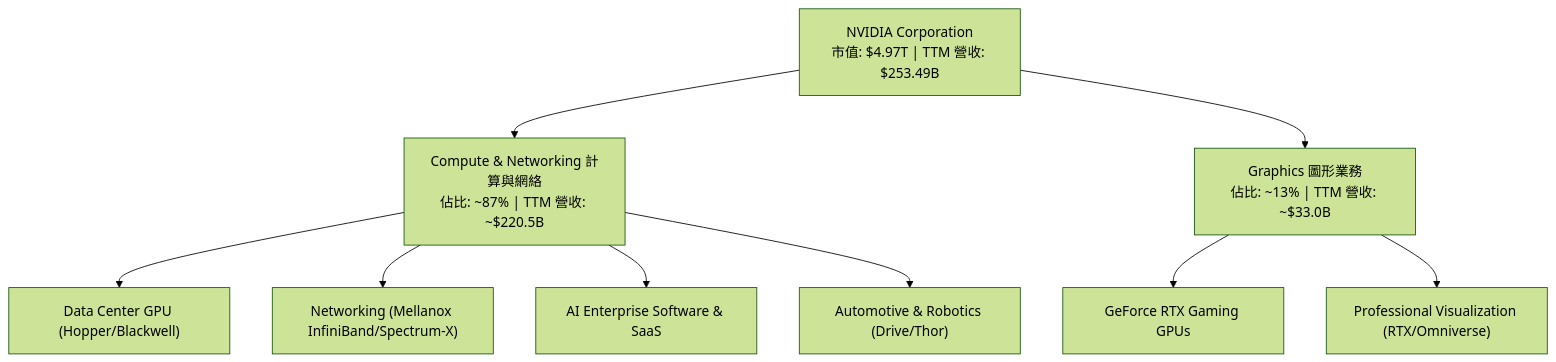
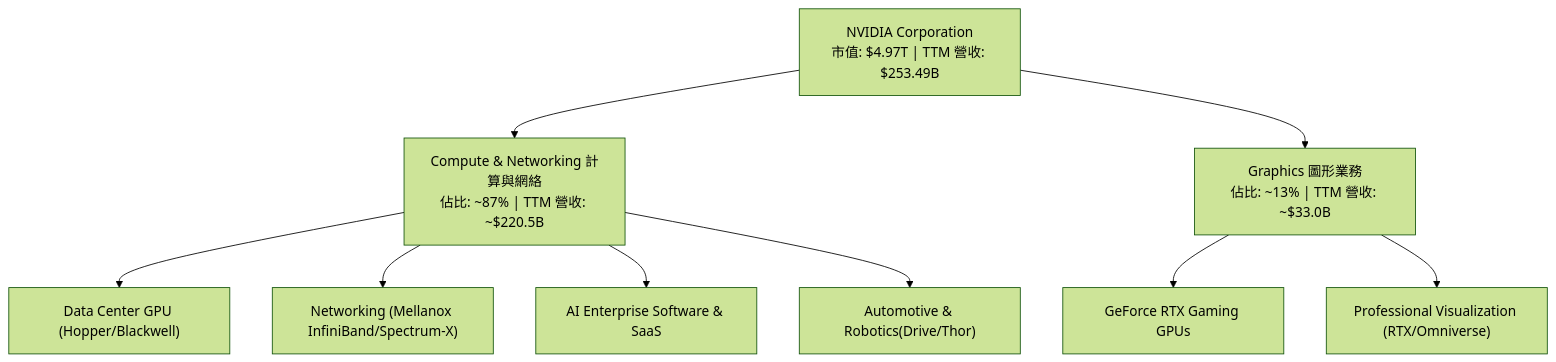
The second of 4 diagrams in ai_gen_report/stock/nvda/fundamental_analysis_2026-06-07_gemini.md (yennanliu/finance_data), drawn with Mermaid (forest theme) before and after one commit. The commit also changed 2258 other files, not shown here.

First line of the commit message:
chore: backfill Mermaid syntax repair across existing reports

````diff
--- a/ai_gen_report/stock/nvda/fundamental_analysis_2026-06-07_gemini.md
+++ b/ai_gen_report/stock/nvda/fundamental_analysis_2026-06-07_gemini.md
@@ -139,18 +139,18 @@
 ```mermaid
 graph TD
     NVDA["NVIDIA Corporation<br/>市值: $4.97T | TTM 營收: $253.49B"]
     
     CN["Compute & Networking 計算與網絡<br/>佔比: ~87% | TTM 營收: ~$220.5B"]
     GR["Graphics 圖形業務<br/>佔比: ~13% | TTM 營收: ~$33.0B"]
     
     NVDA --> CN
     NVDA --> GR
     
     CN --> CN1["Data Center GPU (Hopper/Blackwell)"]
     CN --> CN2["Networking (Mellanox InfiniBand/Spectrum-X)"]
     CN --> CN3["AI Enterprise Software & SaaS"]
-    CN --> CN4["Automotive & Robotics (Drive/Thor)"]
+    CN --> CN4["Automotive & Robotics(Drive/Thor)"]
     
     GR --> GR1["GeForce RTX Gaming GPUs"]
     GR --> GR2["Professional Visualization (RTX/Omniverse)"]
 ```
````
